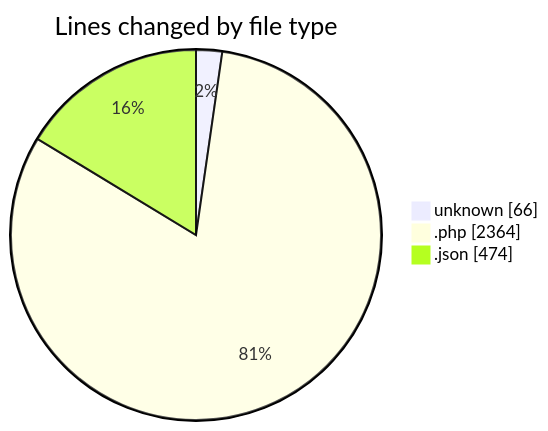
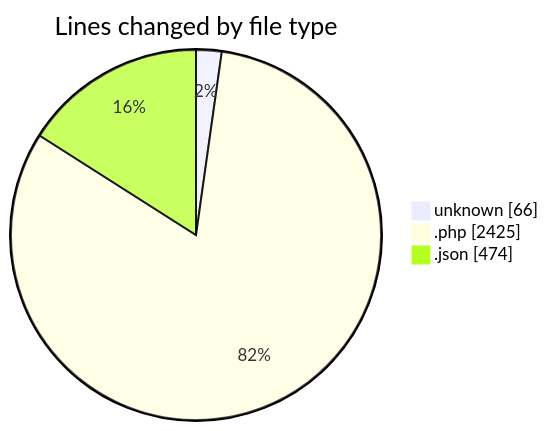
Before and after one commit to idhammustaqopulfikri/code-tracking: the first of 2 diagrams in 2025-05-27/studio-backend/README.md, drawn with Mermaid. The commit also changed other lines of this file and 1 other file, not shown here.

````diff
--- a/2025-05-27/studio-backend/README.md
+++ b/2025-05-27/studio-backend/README.md
@@ -54,7 +54,7 @@
 ```mermaid
 pie showData
 title Lines changed by file type
 "unknown" : 66
-".php" : 2364
+".php" : 2425
 ".json" : 474
 ```
````
